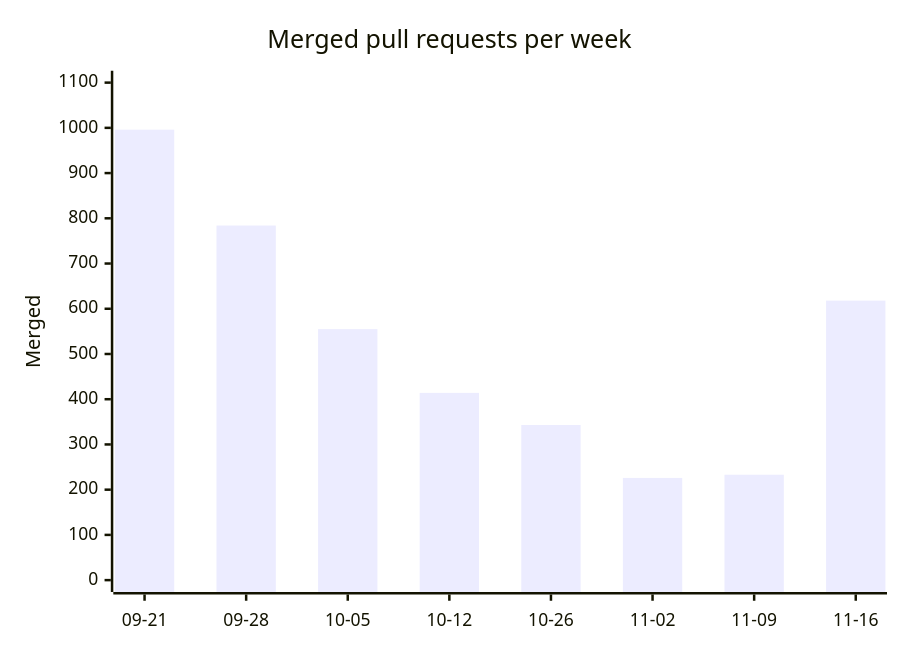
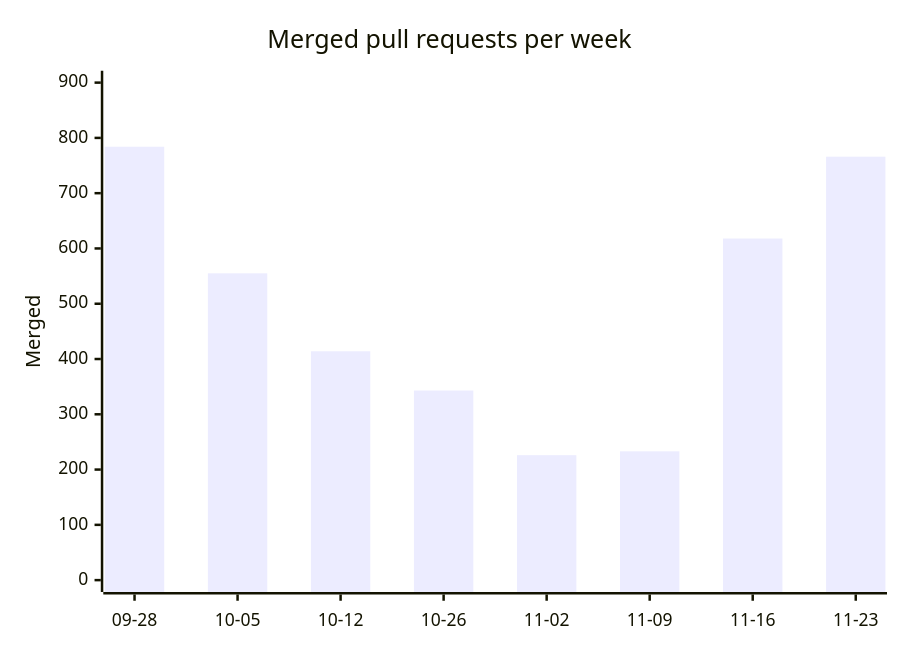
Before and after one commit to sipyourdrink-ltd/bernstein: the first of 3 diagrams in project-pulse.md, drawn with Mermaid. The commit also changed other lines of this file and 4 other files, not shown here.

````diff
--- a/project-pulse.md
+++ b/project-pulse.md
@@ -18,7 +18,7 @@
 ```mermaid
 xychart-beta
     title "Merged pull requests per week"
-    x-axis ["09-21", "09-28", "10-05", "10-12", "10-26", "11-02", "11-09", "11-16"]
-    y-axis "Merged" 0 --> 1100
-    bar [996, 784, 555, 414, 343, 226, 233, 618]
+    x-axis ["09-28", "10-05", "10-12", "10-26", "11-02", "11-09", "11-16", "11-23"]
+    y-axis "Merged" 0 --> 900
+    bar [784, 555, 414, 343, 226, 233, 618, 766]
 ```
````
